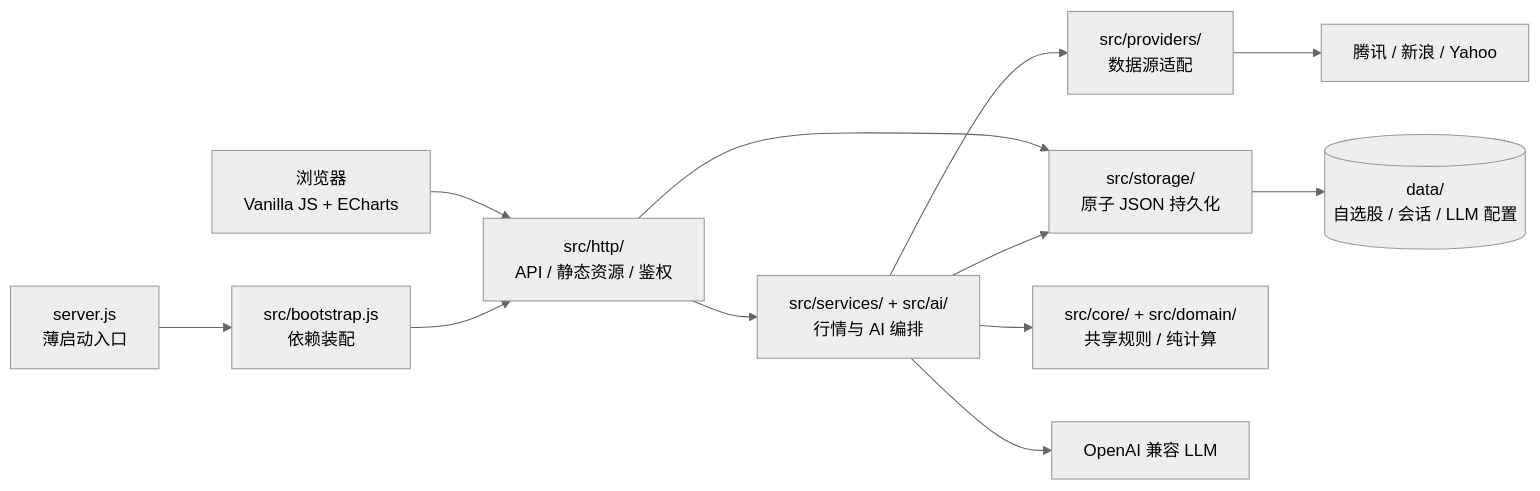
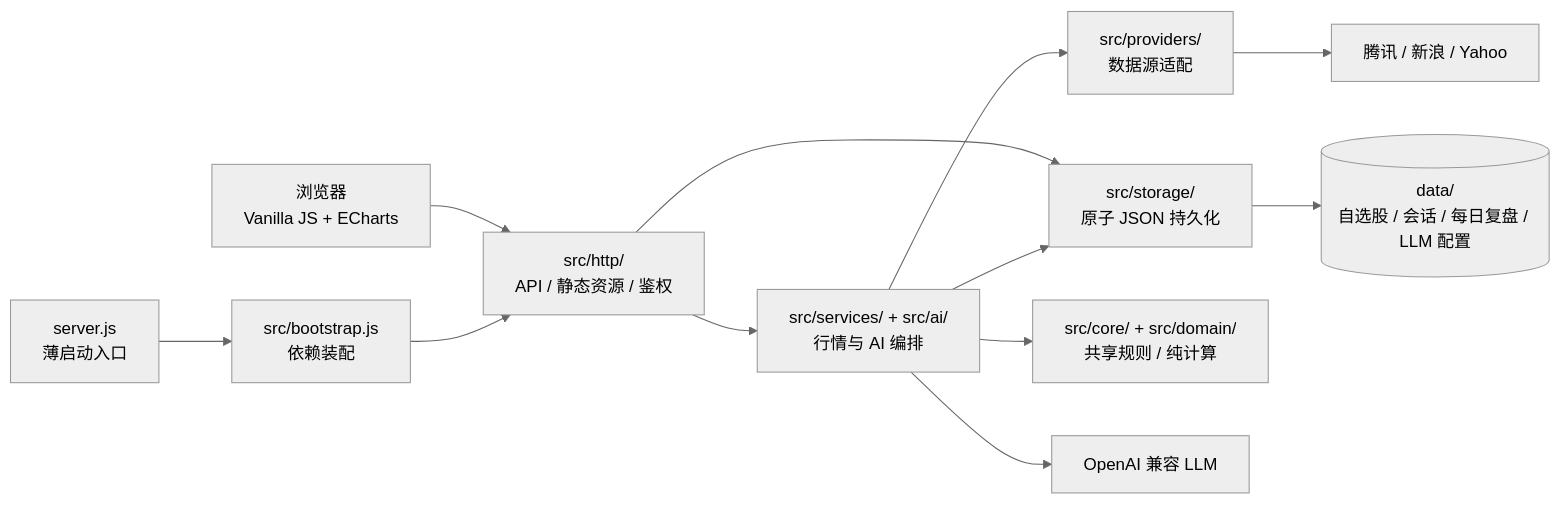
Before and after one commit to cytwyatt/stock-dashboard: the diagram in README.md, drawn with Mermaid (neutral theme). The commit also changed other lines of this file and 30 other files, not shown here.

````diff
--- a/README.md
+++ b/README.md
@@ -123,12 +126,12 @@
 ```mermaid
 flowchart LR
   Entry["server.js<br/>薄启动入口"] --> Boot["src/bootstrap.js<br/>依赖装配"]
   Boot --> HTTP["src/http/<br/>API / 静态资源 / 鉴权"]
   UI["浏览器<br/>Vanilla JS + ECharts"] --> HTTP
   HTTP --> App["src/services/ + src/ai/<br/>行情与 AI 编排"]
   App --> Provider["src/providers/<br/>数据源适配"] --> Market["腾讯 / 新浪 / Yahoo"]
-  App --> Storage["src/storage/<br/>原子 JSON 持久化"] --> Data[("data/<br/>自选股 / 会话 / LLM 配置")]
+  App --> Storage["src/storage/<br/>原子 JSON 持久化"] --> Data[("data/<br/>自选股 / 会话 / 每日复盘 / LLM 配置")]
   HTTP --> Storage
   App --> Logic["src/core/ + src/domain/<br/>共享规则 / 纯计算"]
   App --> LLM["OpenAI 兼容 LLM"]
 ```
````
